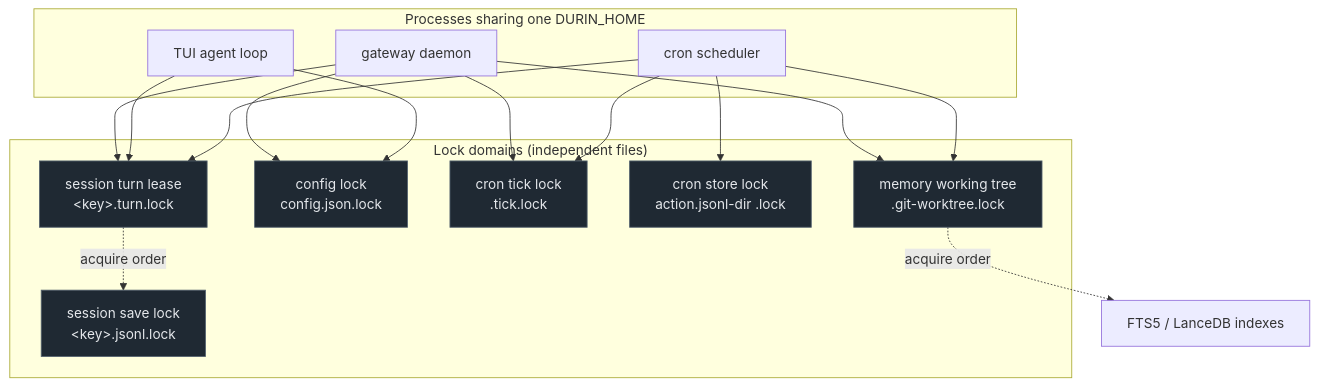
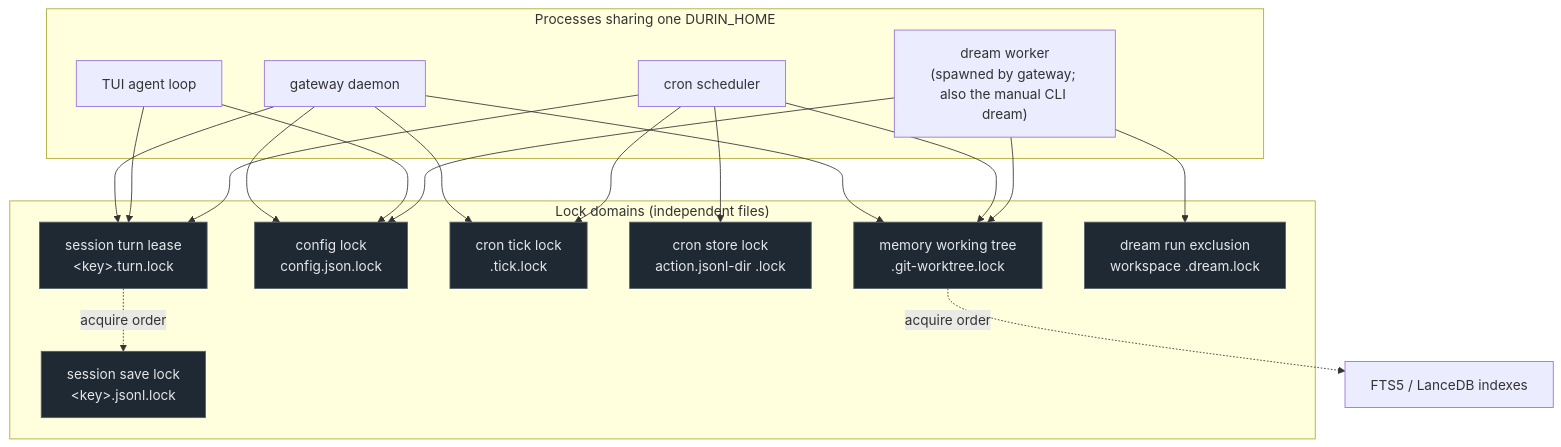
Before and after one commit to mmarmol/durin: the diagram in docs/internals/concurrency.md, drawn with Mermaid. The commit also changed other lines of this file and 8 other files, not shown here.

````diff
--- a/docs/internals/concurrency.md
+++ b/docs/internals/concurrency.md
@@ -88,34 +96,39 @@
 ```mermaid
 flowchart TB
     subgraph procs["Processes sharing one DURIN_HOME"]
         GW["gateway daemon"]
         TUI["TUI agent loop"]
         CRON["cron scheduler"]
+        DW["dream worker<br/>(spawned by gateway; also the manual CLI dream)"]
     end
 
     subgraph domains["Lock domains (independent files)"]
         TURN["session turn lease<br/>&lt;key&gt;.turn.lock"]
         SAVE["session save lock<br/>&lt;key&gt;.jsonl.lock"]
         CFG["config lock<br/>config.json.lock"]
         TICK["cron tick lock<br/>.tick.lock"]
         CACTION["cron store lock<br/>action.jsonl-dir .lock"]
         GWT["memory working tree<br/>.git-worktree.lock"]
+        DREAM["dream run exclusion<br/>workspace .dream.lock"]
     end
 
     GW --> TURN
     GW --> CFG
     GW --> TICK
     GW --> GWT
     TUI --> TURN
     TUI --> CFG
     CRON --> TURN
     CRON --> TICK
     CRON --> CACTION
     CRON --> GWT
+    DW --> DREAM
+    DW --> GWT
+    DW --> CFG
 
     TURN -.acquire order.-> SAVE
     GWT -.acquire order.-> FTS["FTS5 / LanceDB indexes"]
 
     classDef dom fill:#1f2933,stroke:#52606d,color:#e4e7eb;
-    class TURN,SAVE,CFG,TICK,CACTION,GWT dom;
+    class TURN,SAVE,CFG,TICK,CACTION,GWT,DREAM dom;
 ```
````
